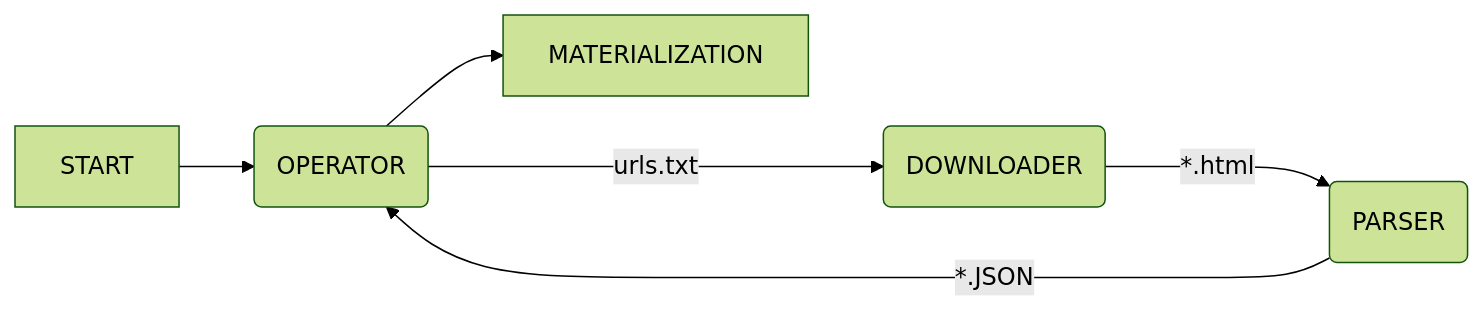
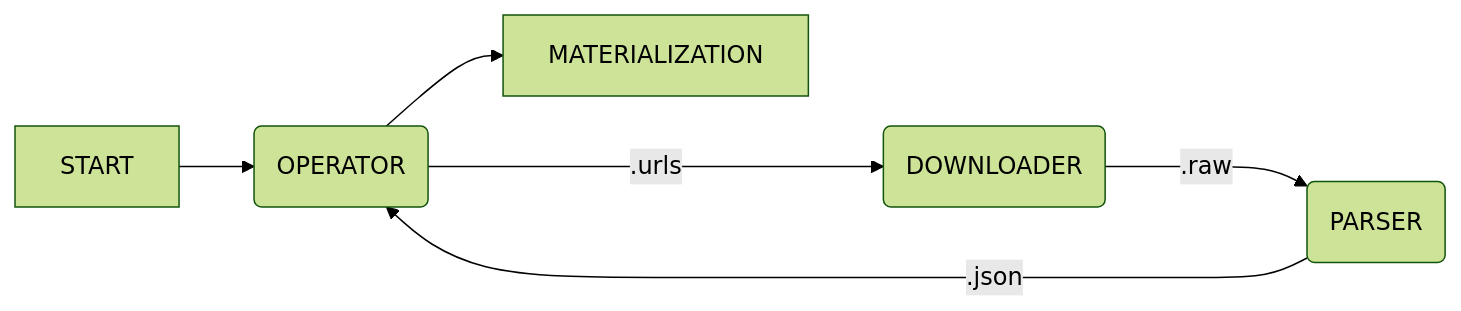
One commit to Glutexo/onigumo changed the diagram in README.md. Above: the diagram before and after it, drawn with Mermaid (forest theme). The commit also changed other lines of this file, not shown here.

Commit message:
Refactor operator paragraph

````diff
--- a/README.md
+++ b/README.md
@@ -19,8 +19,8 @@
 ```mermaid
 flowchart LR
     START             -->           operator(OPERATOR)
-    operator    -- urls.txt --->    downloader(DOWNLOADER)
-    downloader  -- *.html --->      parser(PARSER)
-    parser      -- *.JSON -->       operator
+    operator    -- <hash>.urls --->    downloader(DOWNLOADER)
+    downloader  -- <hash>.raw --->      parser(PARSER)
+    parser      -- <hash>.json -->       operator
     operator           -->          MATERIALIZATION
 ```
````
